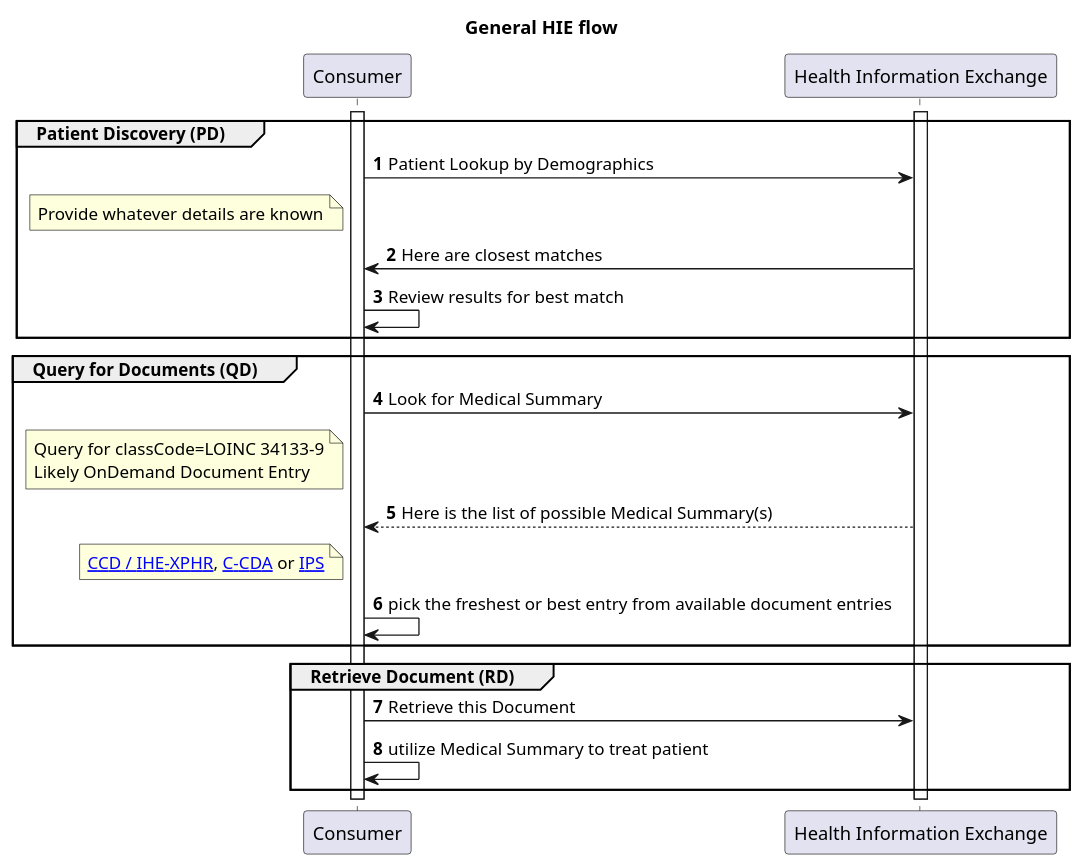
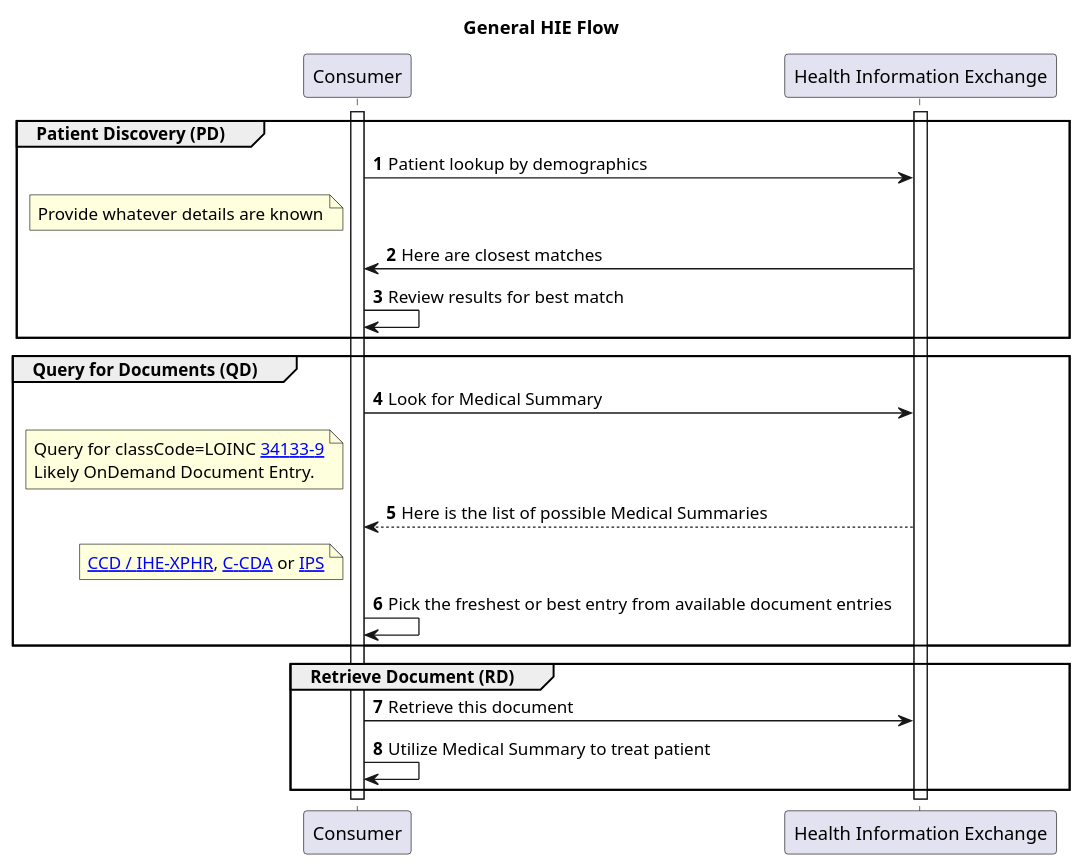
Before and after one commit to IHE/EMS-Overall: the diagram in input/images-source/usecase0-processflow.plantuml, drawn with PlantUML. The commit also changed 4 other files, not shown here.

```diff
--- a/input/images-source/usecase0-processflow.plantuml
+++ b/input/images-source/usecase0-processflow.plantuml
@@ -1,33 +1,33 @@
 @startuml
 skinparam svgDimensionStyle false
-title General HIE flow
+title General HIE Flow
 participant "Consumer" as Consumer
 participant "Health Information Exchange" as HIE [[https://profiles.ihe.net/ITI/HIE-Whitepaper/index.html HIE-Whitepaper]]
 autonumber
 activate Consumer
 activate HIE
 
 group Patient Discovery (PD)
-Consumer -> HIE: Patient Lookup by Demographics
+Consumer -> HIE: Patient lookup by demographics
 Note left of Consumer: Provide whatever details are known
 Consumer <- HIE: Here are closest matches
 Consumer -> Consumer: Review results for best match
 end group
 
 group Query for Documents (QD)
 Consumer -> HIE: Look for Medical Summary
-Note left of Consumer: Query for classCode=LOINC 34133-9\nLikely OnDemand Document Entry
-Consumer <-- HIE: Here is the list of possible Medical Summary(s)
+Note left of Consumer: Query for classCode=LOINC [[https://loinc.org/34133-9/ 34133-9]]\nLikely OnDemand Document Entry.
+Consumer <-- HIE: Here is the list of possible Medical Summaries
 Note left of Consumer: [[https://www.ihe.net/uploadedFiles/Documents/PCC/IHE_PCC_TF_Vol1.pdf#nameddest=4_Exchange_of_Personal_Health_R CCD / IHE-XPHR]], [[https://www.hl7.org/ccdasearch/ C-CDA]] or [[https://hl7.org/fhir/uv/ips/ IPS]]
-Consumer -> Consumer: pick the freshest or best entry from available document entries
+Consumer -> Consumer: Pick the freshest or best entry from available document entries
 end group
 
 group Retrieve Document (RD)
-Consumer -> HIE: Retrieve this Document
-Consumer -> Consumer: utilize Medical Summary to treat patient
+Consumer -> HIE: Retrieve this document
+Consumer -> Consumer: Utilize Medical Summary to treat patient
 end group
 
 deactivate HIE
 deactivate Consumer
 
 @enduml
```
